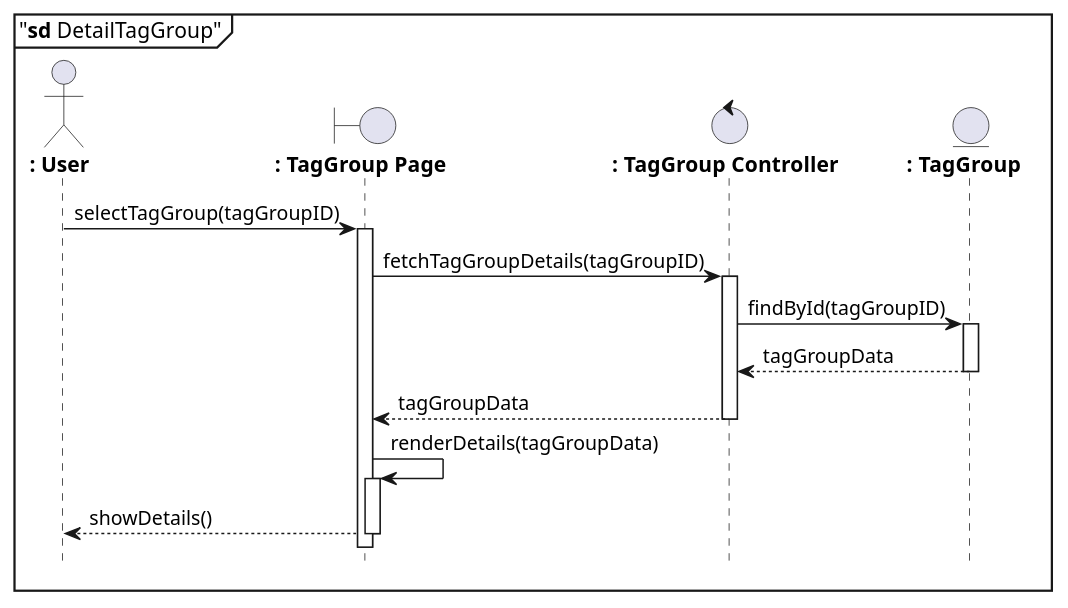
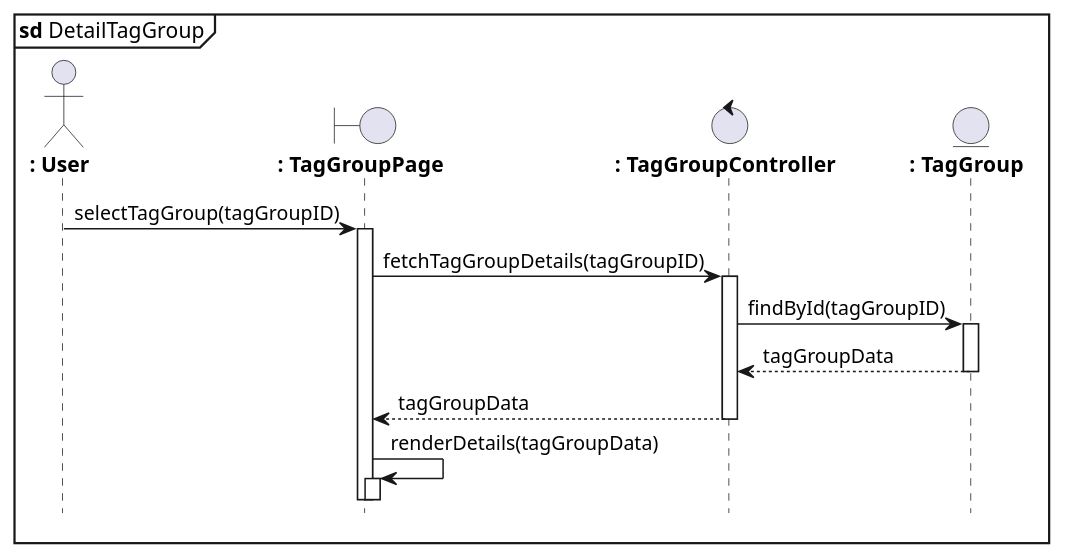
One commit to azrappp/learning_uml2.0_pmul changed the diagram in detail_grubtag.puml. Above: the diagram before and after it, drawn with PlantUML. The commit also changed 24 other files, not shown here.

```diff
--- a/detail_grubtag.puml
+++ b/detail_grubtag.puml
@@ -1,36 +1,34 @@
 @startuml
-mainframe "**sd** DetailTagGroup"
+mainframe **sd** DetailTagGroup
 hide footbox
 
 actor "**: User**" as User
-boundary "**: TagGroup Page**" as TagGroupDetailPage
-control "**: TagGroup Controller**" as TagGroupController
-entity  "**: TagGroup **" as TagGroupRepository
+boundary "**: TagGroupPage**" as TagGroupDetailPage
+control "**: TagGroupController**" as TagGroupController
+entity  "**: TagGroup**" as TagGroupRepository
 
 ' User selects a tag group from UI
 User -> TagGroupDetailPage : selectTagGroup(tagGroupID)
 activate TagGroupDetailPage
 
 ' Page requests details from controller
 TagGroupDetailPage -> TagGroupController : fetchTagGroupDetails(tagGroupID)
 activate TagGroupController
 
 ' Controller asks repository for data
 TagGroupController -> TagGroupRepository : findById(tagGroupID)
 activate TagGroupRepository
 
 ' Repository returns data
 TagGroupRepository --> TagGroupController : tagGroupData
 deactivate TagGroupRepository
 
 ' Controller returns data to page
 TagGroupController --> TagGroupDetailPage : tagGroupData
 deactivate TagGroupController
 
 ' Page renders details to user
 TagGroupDetailPage -> TagGroupDetailPage : renderDetails(tagGroupData)
 activate TagGroupDetailPage
-TagGroupDetailPage --> User : showDetails()
-deactivate TagGroupDetailPage
 
 @enduml
```
